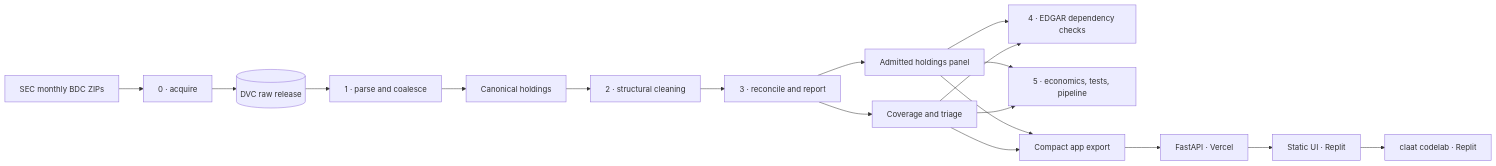
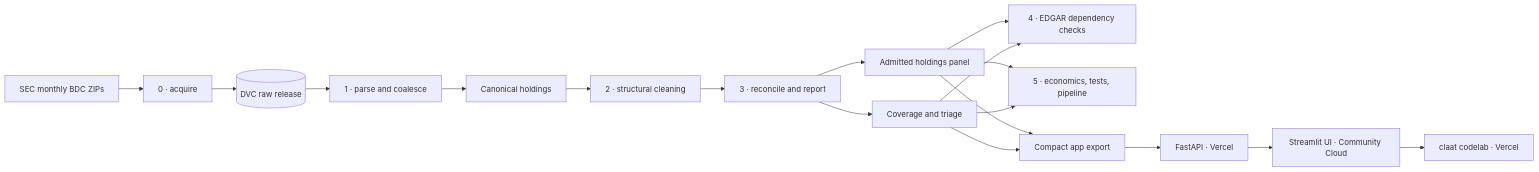
The diagram in README.md (codeofduty3/lantern-lab2b), drawn with Mermaid before and after one commit. The commit also changed other lines of this file and 7 other files, not shown here.

Commit message:
Add Streamlit Community Cloud frontend

````diff
--- a/README.md
+++ b/README.md
@@ -26,20 +26,20 @@
 ```mermaid
 flowchart LR
   SEC[SEC monthly BDC ZIPs] --> acquire[0 · acquire]
   acquire --> raw[(DVC raw release)]
   raw --> parse[1 · parse and coalesce]
   parse --> canonical[Canonical holdings]
   canonical --> clean[2 · structural cleaning]
   clean --> reconciled[3 · reconcile and report]
   reconciled --> panel[Admitted holdings panel]
   reconciled --> evidence[Coverage and triage]
   panel --> verify[4 · EDGAR dependency checks]
   evidence --> verify
   panel --> economics[5 · economics, tests, pipeline]
   evidence --> economics
   panel --> export[Compact app export]
   evidence --> export
   export --> api[FastAPI · Vercel]
-  api --> ui[Static UI · Replit]
-  ui --> codelab[claat codelab · Replit]
+  api --> ui[Streamlit UI · Community Cloud]
+  ui --> codelab[claat codelab · Vercel]
 ```
````
